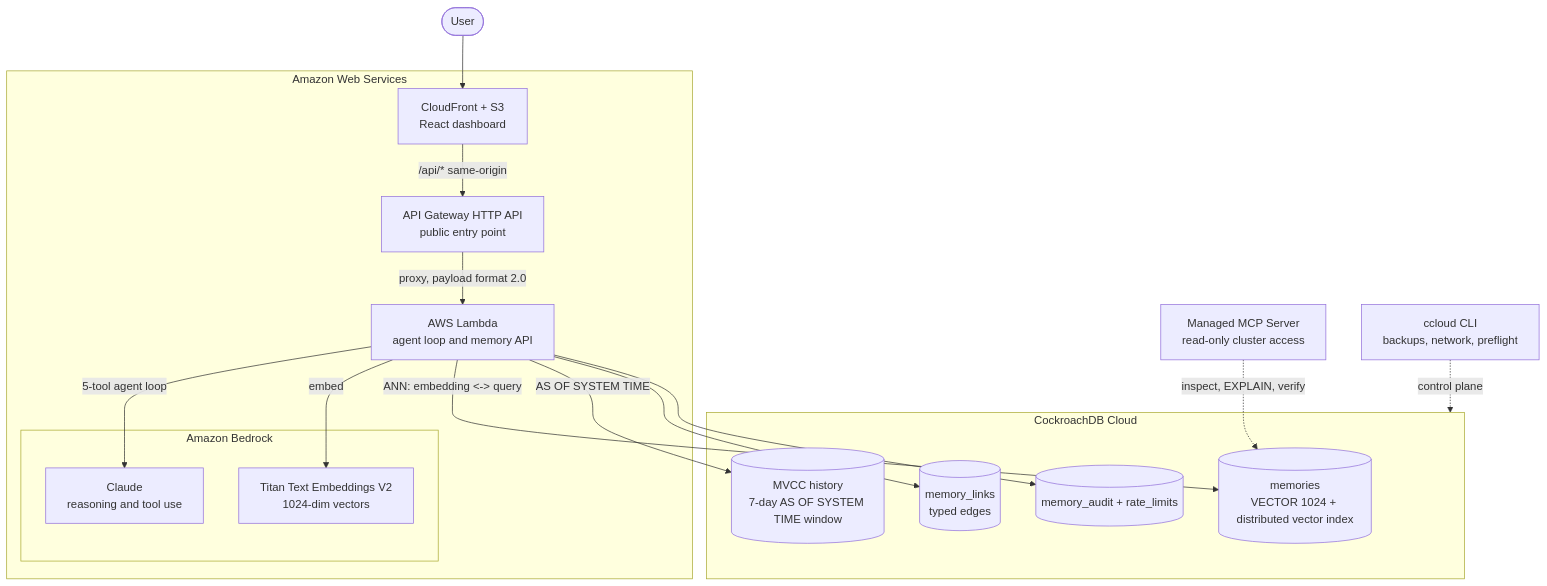
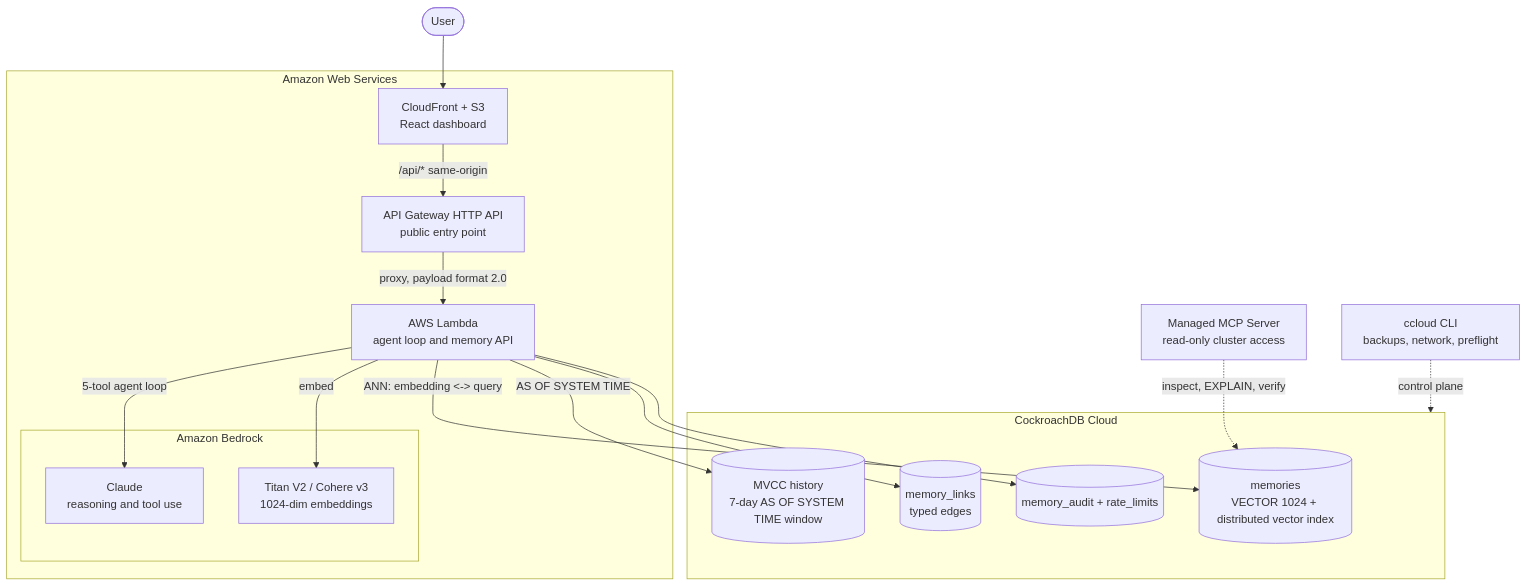
The diagram in README.md (Nshuti001/memora-ai-hackathon), drawn with Mermaid before and after one commit. The commit also changed other lines of this file and 4 other files, not shown here.

````diff
--- a/README.md
+++ b/README.md
@@ -26,37 +29,37 @@
 ```mermaid
 flowchart TB
     User([User])
 
     subgraph AWS["Amazon Web Services"]
         CF[CloudFront + S3<br/>React dashboard]
         APIGW[API Gateway HTTP API<br/>public entry point]
         LAM[AWS Lambda<br/>agent loop and memory API]
 
         subgraph BR["Amazon Bedrock"]
             CLAUDE[Claude<br/>reasoning and tool use]
-            TITAN[Titan Text Embeddings V2<br/>1024-dim vectors]
+            EMB[Titan V2 / Cohere v3<br/>1024-dim embeddings]
         end
     end
 
     subgraph CRDB["CockroachDB Cloud"]
         VEC[(memories<br/>VECTOR 1024 + distributed vector index)]
         MVCC[(MVCC history<br/>7-day AS OF SYSTEM TIME window)]
         GRAPH[(memory_links<br/>typed edges)]
         AUDIT[(memory_audit + rate_limits)]
     end
 
     MCP[Managed MCP Server<br/>read-only cluster access]
     CCLOUD[ccloud CLI<br/>backups, network, preflight]
 
     User --> CF
     CF -->|"/api/* same-origin"| APIGW
     APIGW -->|"proxy, payload format 2.0"| LAM
     LAM -->|"5-tool agent loop"| CLAUDE
-    LAM -->|"embed"| TITAN
+    LAM -->|"embed"| EMB
     LAM -->|"ANN: embedding &lt;-&gt; query"| VEC
     LAM -->|"AS OF SYSTEM TIME"| MVCC
     LAM --> GRAPH
     LAM --> AUDIT
     MCP -.->|"inspect, EXPLAIN, verify"| VEC
     CCLOUD -.->|"control plane"| CRDB
 ```
````
